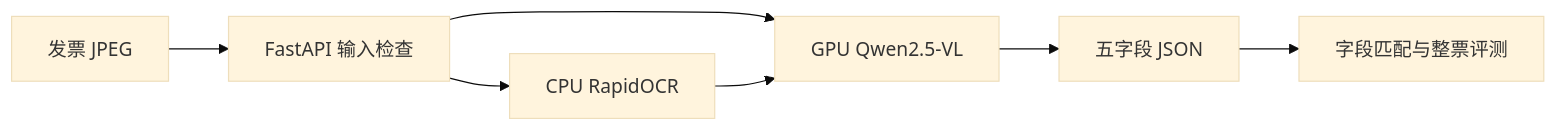
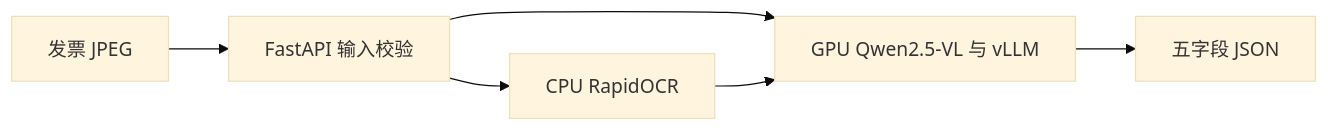
The second of 2 diagrams in README.md (jackylxj/qwen2.5-vl-tax-doc), drawn with Mermaid (base theme) before and after one commit. The commit also changed other lines of this file and 7 other files, not shown here.

````diff
--- a/README.md
+++ b/README.md
@@ -120,9 +89,8 @@
 ```mermaid
 flowchart LR
-    A[发票 JPEG] --> B[FastAPI 输入检查]
+    A[发票 JPEG] --> B[FastAPI 输入校验]
     B --> C[CPU RapidOCR]
-    B --> D[GPU Qwen2.5-VL]
+    B --> D[GPU Qwen2.5-VL 与 vLLM]
     C --> D
     D --> E[五字段 JSON]
-    E --> F[字段匹配与整票评测]
 ```
````
